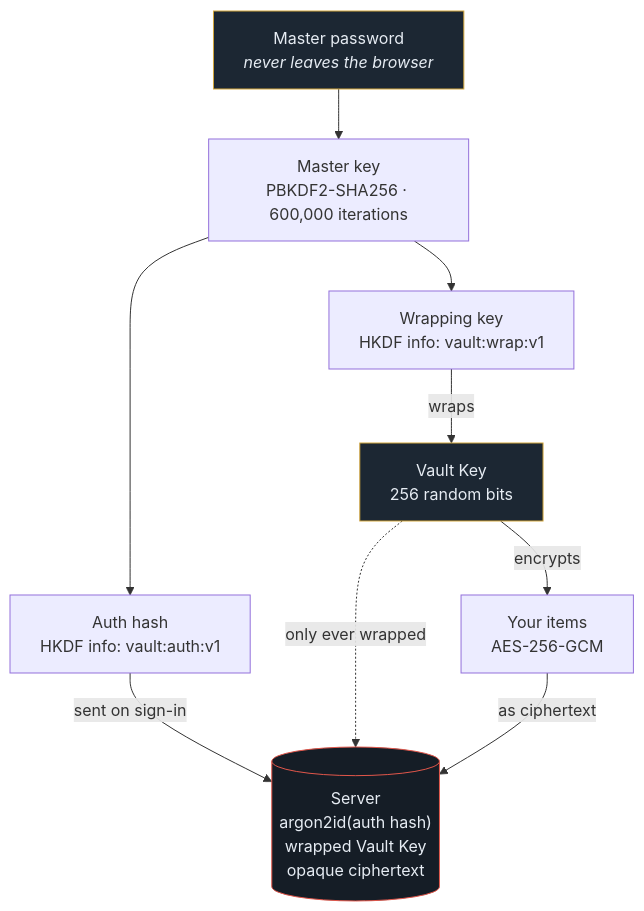
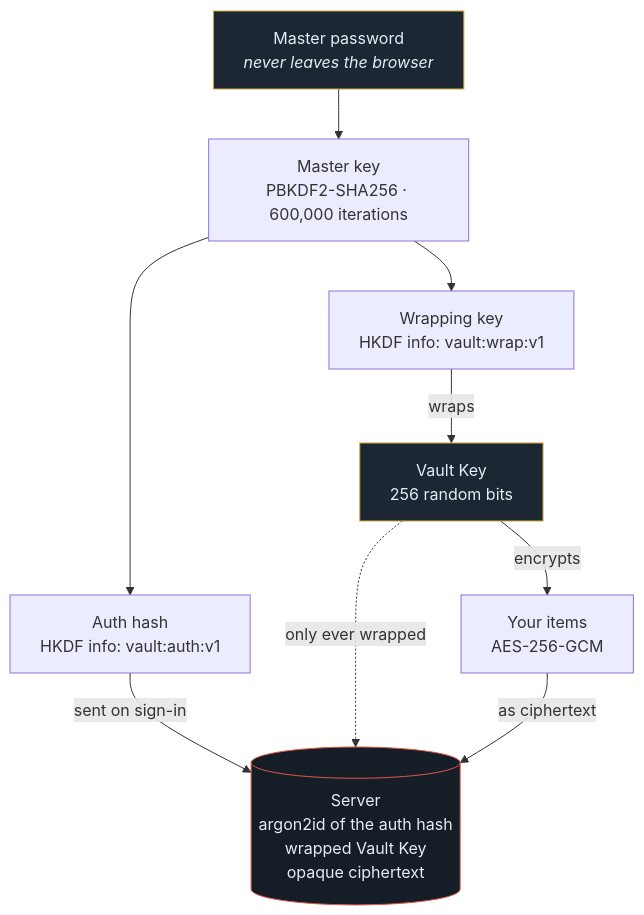
One commit to christianpasinrey/vault changed the diagram in README.md. Above: the diagram before and after it, drawn with Mermaid.

Commit message:
Avoid parentheses inside a Mermaid node label

````diff
--- a/README.md
+++ b/README.md
@@ -54,23 +54,23 @@
 ```mermaid
 flowchart TD
     MP["Master password<br/><i>never leaves the browser</i>"]
     MK["Master key<br/>PBKDF2-SHA256 · 600,000 iterations"]
     AH["Auth hash<br/>HKDF info: vault:auth:v1"]
     WK["Wrapping key<br/>HKDF info: vault:wrap:v1"]
     VK["Vault Key<br/>256 random bits"]
     ITEMS["Your items<br/>AES-256-GCM"]
-    SRV[("Server<br/>argon2id(auth hash)<br/>wrapped Vault Key<br/>opaque ciphertext")]
+    SRV[("Server<br/>argon2id of the auth hash<br/>wrapped Vault Key<br/>opaque ciphertext")]
 
     MP --> MK
     MK --> AH
     MK --> WK
     WK -- "wraps" --> VK
     VK -- "encrypts" --> ITEMS
     AH -- "sent on sign-in" --> SRV
     VK -. "only ever wrapped" .-> SRV
     ITEMS -- "as ciphertext" --> SRV
 
     style MP fill:#1c2733,stroke:#d2a63c,color:#e6ecf3
     style VK fill:#1c2733,stroke:#d2a63c,color:#e6ecf3
     style SRV fill:#151d26,stroke:#e2574b,color:#e6ecf3
 ```
````
